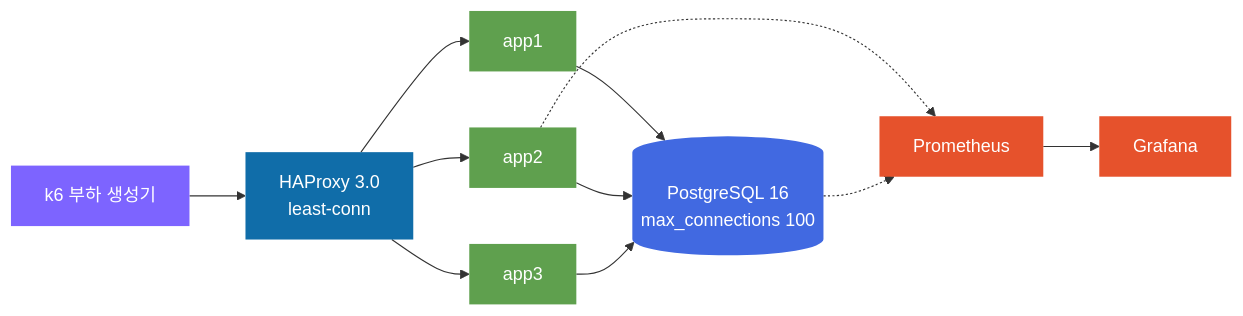
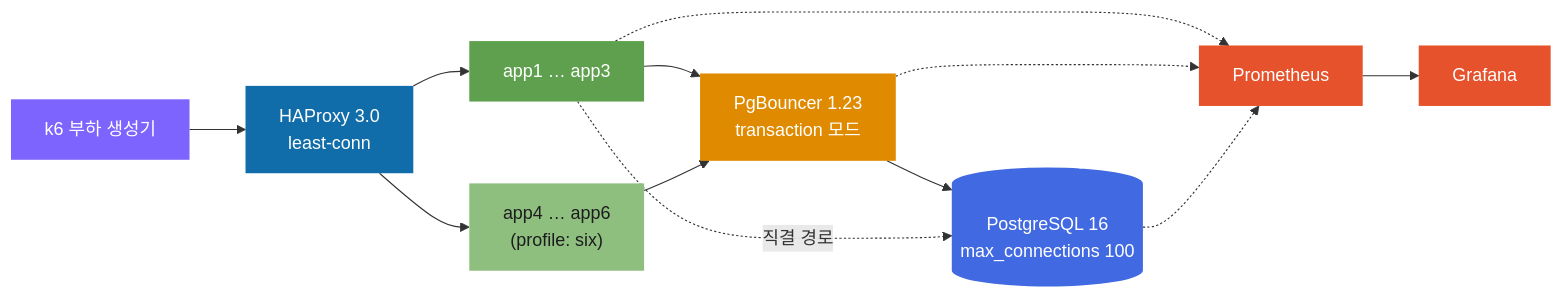
The diagram in README.md (Jin-s-work/load-simulation), drawn with Mermaid before and after one commit. The commit also changed other lines of this file and 13 other files, not shown here.

````diff
--- a/README.md
+++ b/README.md
@@ -66,28 +66,31 @@
 ```mermaid
 flowchart LR
     k6["k6 부하 생성기"]:::gen
     HA["HAProxy 3.0<br/>least-conn"]:::lb
-    A1["app1"]:::app
-    A2["app2"]:::app
-    A3["app3"]:::app
+    A1["app1 … app3"]:::app
+    A2["app4 … app6<br/>(profile: six)"]:::opt
+    PB["PgBouncer 1.23<br/>transaction 모드"]:::pb
     PG[("PostgreSQL 16<br/>max_connections 100")]:::db
     PR["Prometheus"]:::obs
     GF["Grafana"]:::obs
 
     k6 --> HA
     HA --> A1
     HA --> A2
-    HA --> A3
-    A1 --> PG
-    A2 --> PG
-    A3 --> PG
-    A2 -.-> PR
+    A1 --> PB
+    A2 --> PB
+    PB --> PG
+    A1 -.->|"직결 경로"| PG
+    A1 -.-> PR
+    PB -.-> PR
     PG -.-> PR
     PR --> GF
 
     classDef gen fill:#7D64FF,color:#ffffff,stroke-width:0px
     classDef lb fill:#106DA9,color:#ffffff,stroke-width:0px
     classDef app fill:#5FA04E,color:#ffffff,stroke-width:0px
+    classDef opt fill:#8FBF7F,color:#1d1d1f,stroke-width:0px
+    classDef pb fill:#E08A00,color:#ffffff,stroke-width:0px
     classDef db fill:#4169E1,color:#ffffff,stroke-width:0px
     classDef obs fill:#E6522C,color:#ffffff,stroke-width:0px
 ```
````
